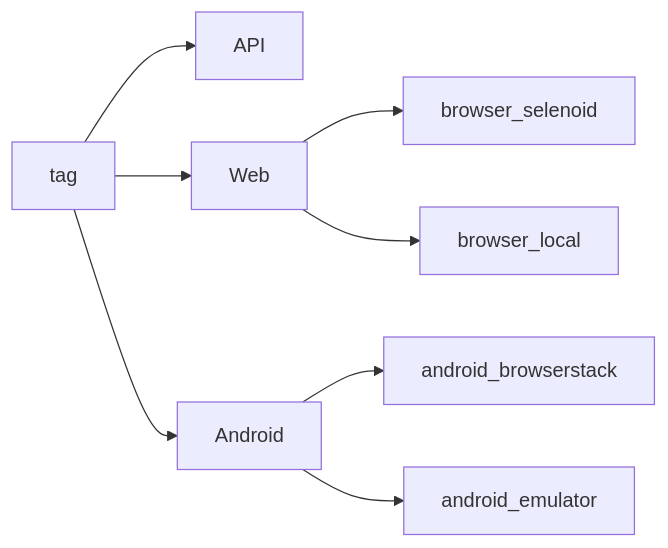
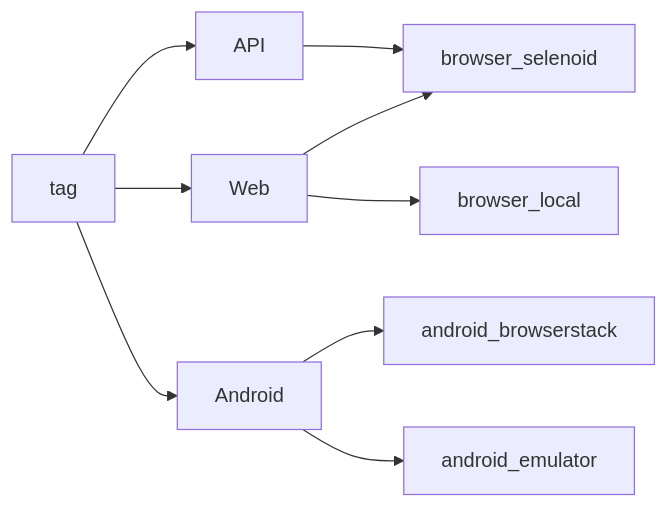
One commit to xeleron88/dostavka.magnit.ru_UI_API_MOBILE_test changed the diagram in README.md. Above: the diagram before and after it, drawn with Mermaid.

````diff
--- a/README.md
+++ b/README.md
@@ -97,10 +97,11 @@
 ```mermaid
 graph LR
 A[tag] --> B[API]
+B --> E[api]
 A --> C[Web]
 A --> D[Android]
 C --> E[browser_selenoid]
 C --> F[browser_local]
 D --> G[android_browserstack]
 D --> H[android_emulator]
 ```
````
